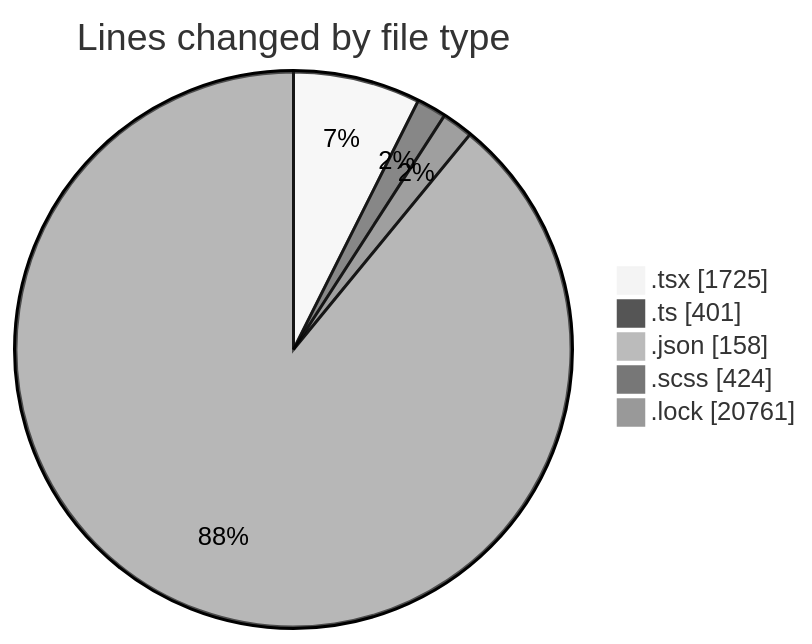
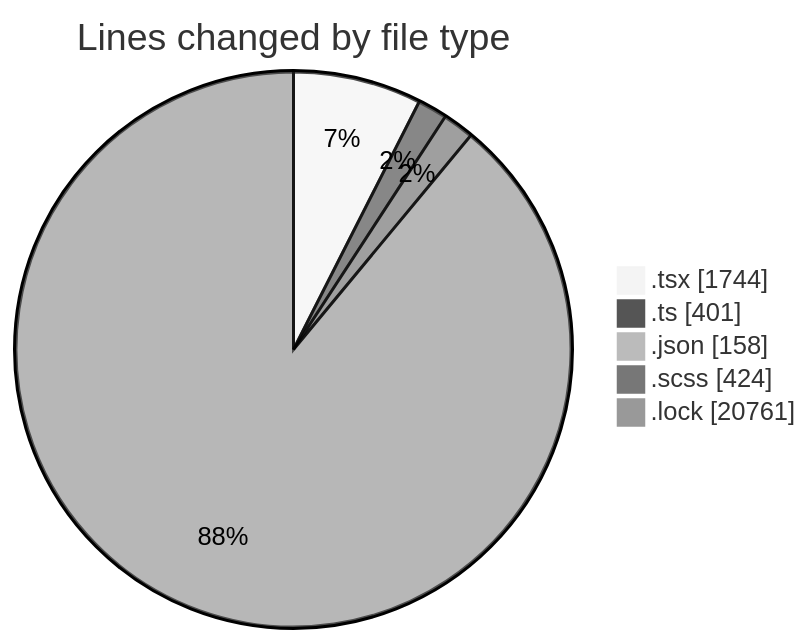
The first of 2 diagrams in 2025-04-29/cda/README.md (momahboobian/code-tracking), drawn with Mermaid (neutral theme) before and after one commit. The commit also changed other lines of this file and 1 other file, not shown here.

````diff
--- a/2025-04-29/cda/README.md
+++ b/2025-04-29/cda/README.md
@@ -43,9 +43,9 @@
 ```mermaid
 pie showData
 title Lines changed by file type
-".tsx" : 1725
+".tsx" : 1744
 ".ts" : 401
 ".json" : 158
 ".scss" : 424
 ".lock" : 20761
 ```
````
